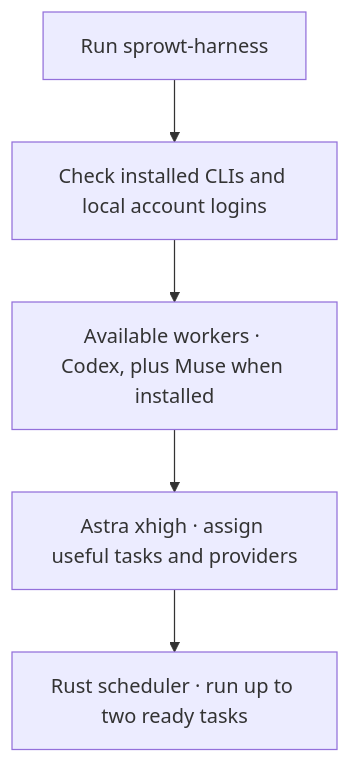
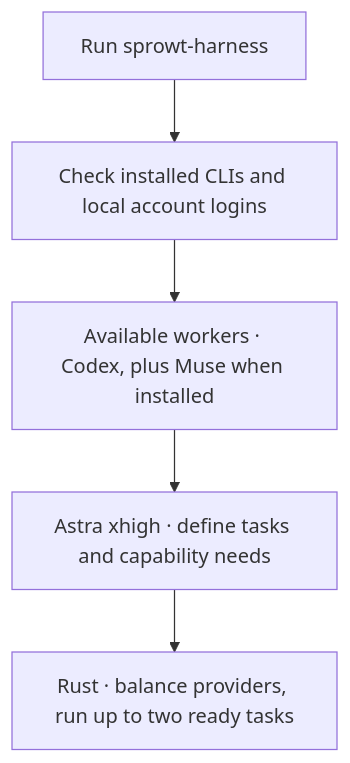
Before and after one commit to minimumeffort-dev/sprowt.harness: the first of 4 diagrams in docs/workers.md, drawn with Mermaid. The commit also changed other lines of this file and 14 other files, not shown here.

Commit message:
Balance ready tasks across Codex and Muse

````diff
--- a/docs/workers.md
+++ b/docs/workers.md
@@ -15,7 +15,7 @@
 ```mermaid
 flowchart TB
     start["Run sprowt-harness"] --> check["Check installed CLIs and local account logins"]
     check --> pool["Available workers · Codex, plus Muse when installed"]
-    pool --> planner["Astra xhigh · assign useful tasks and providers"]
-    planner --> schedule["Rust scheduler · run up to two ready tasks"]
+    pool --> planner["Astra xhigh · define tasks and capability needs"]
+    planner --> schedule["Rust · balance providers, run up to two ready tasks"]
 ```
````
